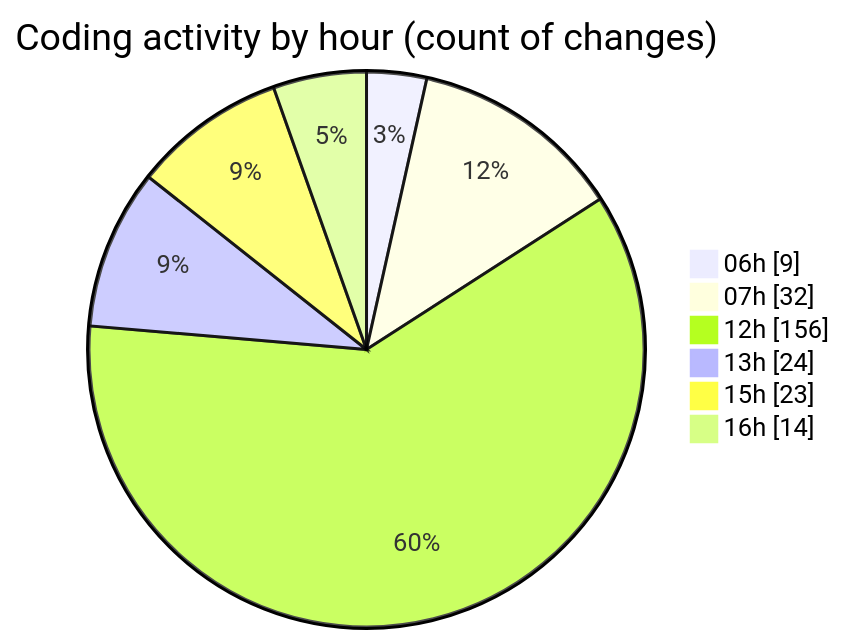
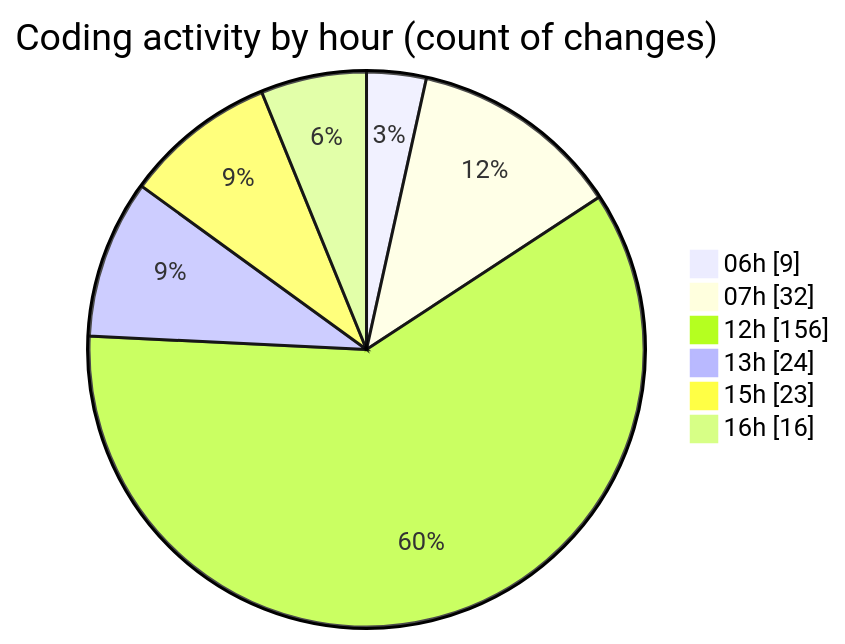
Before and after one commit to robertbonfada/code-tracking: the second of 2 diagrams in 2025-02-18/mbc-web/README.md, drawn with Mermaid. The commit also changed other lines of this file and 2 other files, not shown here.

````diff
--- a/2025-02-18/mbc-web/README.md
+++ b/2025-02-18/mbc-web/README.md
@@ -146,10 +146,10 @@
 ```mermaid
 pie showData
 title Coding activity by hour (count of changes)
 "06h" : 9
 "07h" : 32
 "12h" : 156
 "13h" : 24
 "15h" : 23
-"16h" : 14
+"16h" : 16
 ```
````
